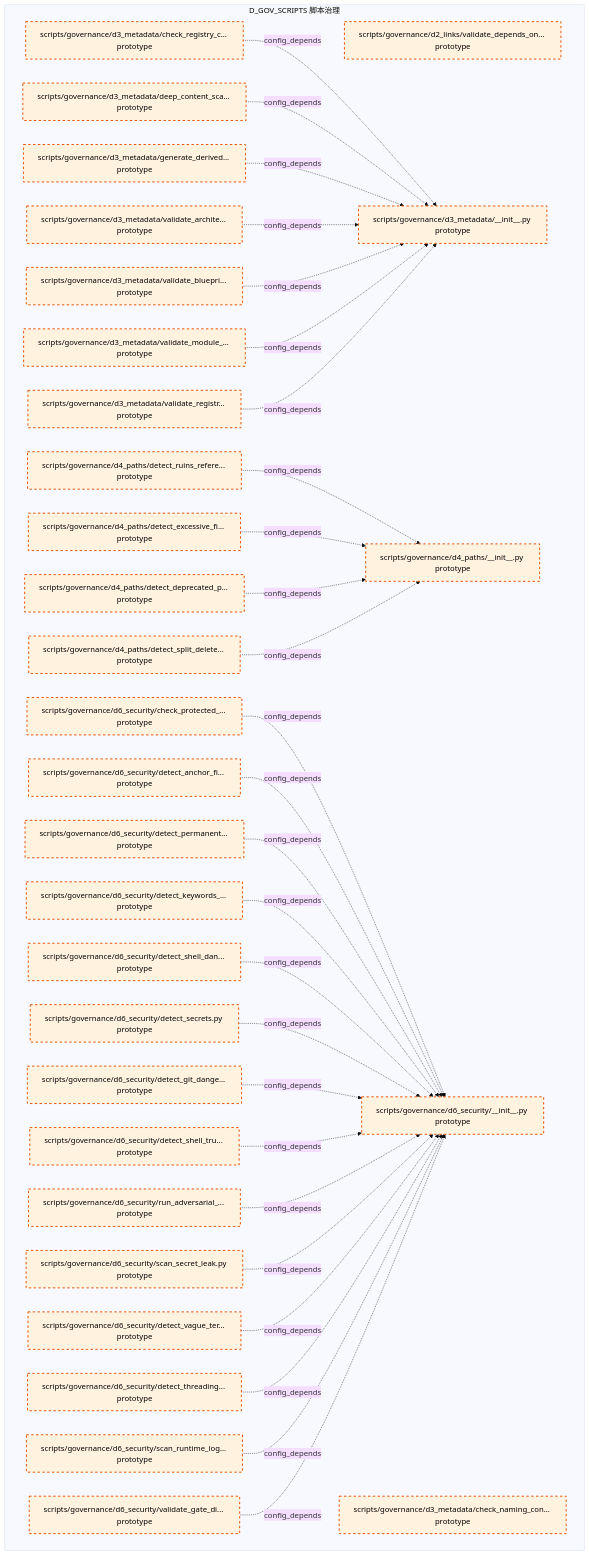
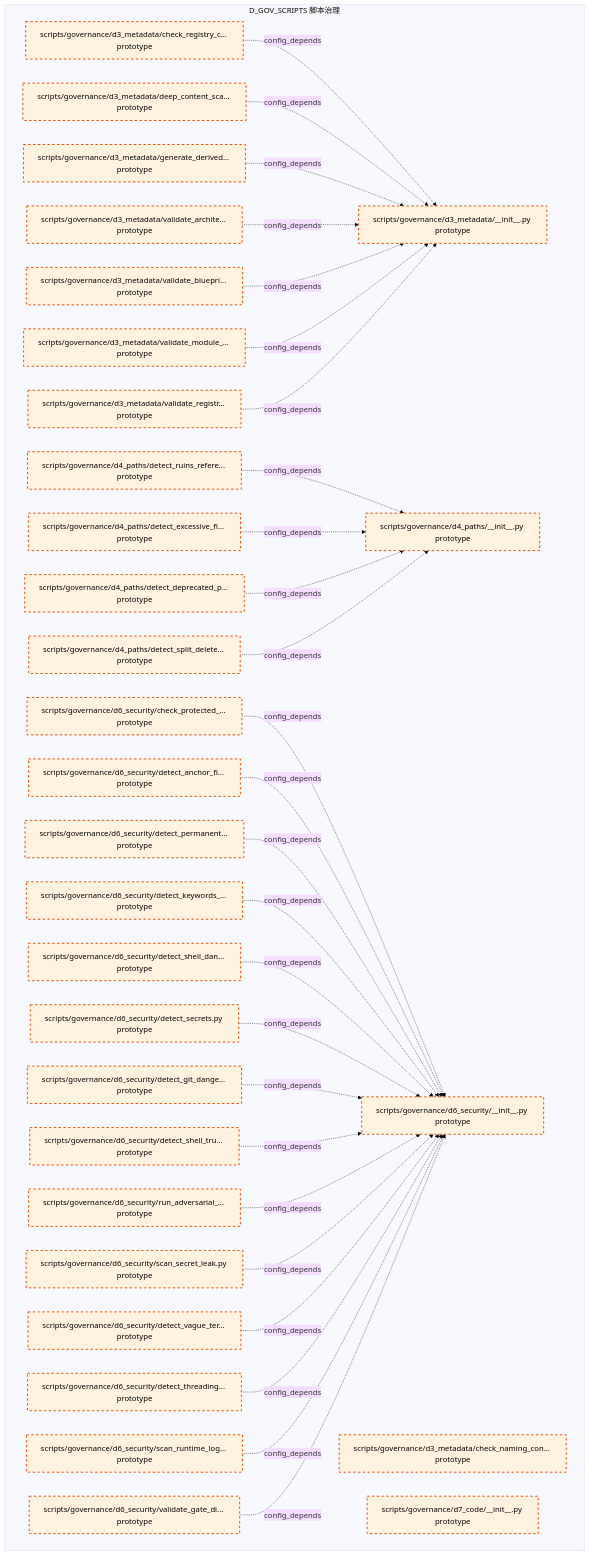
One commit to xuanFelixVan/ZephyrAlpha changed the seventh of 12 diagrams in docs/02_enterprise_architecture/02_domain_architecture_docs/39_d_gov_scripts.md. Above: the diagram before and after it, drawn with Mermaid (base theme). The commit also changed other lines of this file and 105 other files, not shown here.

First line of the commit message:
chore(docs): auto-regenerate domain docs by GitCommitGateway post-commit

````diff
--- a/docs/02_enterprise_architecture/02_domain_architecture_docs/39_d_gov_scripts.md
+++ b/docs/02_enterprise_architecture/02_domain_architecture_docs/39_d_gov_scripts.md
@@ -450,65 +452,65 @@
 ```mermaid
 graph TD
     subgraph D_GOV_SCRIPTS["D_GOV_SCRIPTS 脚本治理"]
-        scripts_governance_d2_links_validate_depends_on_format_py["scripts/governance/d2_links/validate_depends_on... prototype"]
         scripts_governance_d3_metadata_init_py["scripts/governance/d3_metadata/__init__.py prototype"]
         scripts_governance_d3_metadata_check_naming_convention_py["scripts/governance/d3_metadata/check_naming_con... prototype"]
         scripts_governance_d3_metadata_check_registry_consistency_py["scripts/governance/d3_metadata/check_registry_c... prototype"]
         scripts_governance_d3_metadata_deep_content_scanner_py["scripts/governance/d3_metadata/deep_content_sca... prototype"]
         scripts_governance_d3_metadata_generate_derived_files_py["scripts/governance/d3_metadata/generate_derived... prototype"]
         scripts_governance_d3_metadata_validate_architecture_py["scripts/governance/d3_metadata/validate_archite... prototype"]
         scripts_governance_d3_metadata_validate_blueprint_provenance_py["scripts/governance/d3_metadata/validate_bluepri... prototype"]
         scripts_governance_d3_metadata_validate_module_id_py["scripts/governance/d3_metadata/validate_module_... prototype"]
         scripts_governance_d3_metadata_validate_registry_master_index_py["scripts/governance/d3_metadata/validate_registr... prototype"]
         scripts_governance_d4_paths_init_py["scripts/governance/d4_paths/__init__.py prototype"]
         scripts_governance_d4_paths_detect_deprecated_path_writes_py["scripts/governance/d4_paths/detect_deprecated_p... prototype"]
         scripts_governance_d4_paths_detect_excessive_file_moves_py["scripts/governance/d4_paths/detect_excessive_fi... prototype"]
         scripts_governance_d4_paths_detect_ruins_references_py["scripts/governance/d4_paths/detect_ruins_refere... prototype"]
         scripts_governance_d4_paths_detect_split_delete_ref_commit_py["scripts/governance/d4_paths/detect_split_delete... prototype"]
         scripts_governance_d6_security_init_py["scripts/governance/d6_security/__init__.py prototype"]
         scripts_governance_d6_security_check_protected_paths_py["scripts/governance/d6_security/check_protected_... prototype"]
         scripts_governance_d6_security_detect_anchor_file_deletion_py["scripts/governance/d6_security/detect_anchor_fi... prototype"]
         scripts_governance_d6_security_detect_git_dangerous_py["scripts/governance/d6_security/detect_git_dange... prototype"]
         scripts_governance_d6_security_detect_keywords_in_logs_py["scripts/governance/d6_security/detect_keywords_... prototype"]
         scripts_governance_d6_security_detect_permanent_file_deletion_py["scripts/governance/d6_security/detect_permanent... prototype"]
         scripts_governance_d6_security_detect_secrets_py["scripts/governance/d6_security/detect_secrets.py prototype"]
         scripts_governance_d6_security_detect_shell_dangerous_py["scripts/governance/d6_security/detect_shell_dan... prototype"]
         scripts_governance_d6_security_detect_shell_true_py["scripts/governance/d6_security/detect_shell_tru... prototype"]
         scripts_governance_d6_security_detect_threading_lock_py["scripts/governance/d6_security/detect_threading... prototype"]
         scripts_governance_d6_security_detect_vague_terms_py["scripts/governance/d6_security/detect_vague_ter... prototype"]
         scripts_governance_d6_security_run_adversarial_checks_py["scripts/governance/d6_security/run_adversarial_... prototype"]
         scripts_governance_d6_security_scan_runtime_log_secrets_py["scripts/governance/d6_security/scan_runtime_log... prototype"]
         scripts_governance_d6_security_scan_secret_leak_py["scripts/governance/d6_security/scan_secret_leak.py prototype"]
         scripts_governance_d6_security_validate_gate_discipline_py["scripts/governance/d6_security/validate_gate_di... prototype"]
+        scripts_governance_d7_code_init_py["scripts/governance/d7_code/__init__.py prototype"]
     end
     scripts_governance_d3_metadata_check_registry_consistency_py -.->|config_depends| scripts_governance_d3_metadata_init_py
     scripts_governance_d3_metadata_deep_content_scanner_py -.->|config_depends| scripts_governance_d3_metadata_init_py
     scripts_governance_d3_metadata_generate_derived_files_py -.->|config_depends| scripts_governance_d3_metadata_init_py
     scripts_governance_d3_metadata_validate_architecture_py -.->|config_depends| scripts_governance_d3_metadata_init_py
     scripts_governance_d3_metadata_validate_blueprint_provenance_py -.->|config_depends| scripts_governance_d3_metadata_init_py
     scripts_governance_d3_metadata_validate_module_id_py -.->|config_depends| scripts_governance_d3_metadata_init_py
     scripts_governance_d3_metadata_validate_registry_master_index_py -.->|config_depends| scripts_governance_d3_metadata_init_py
     scripts_governance_d4_paths_detect_ruins_references_py -.->|config_depends| scripts_governance_d4_paths_init_py
     scripts_governance_d4_paths_detect_excessive_file_moves_py -.->|config_depends| scripts_governance_d4_paths_init_py
     scripts_governance_d4_paths_detect_deprecated_path_writes_py -.->|config_depends| scripts_governance_d4_paths_init_py
     scripts_governance_d4_paths_detect_split_delete_ref_commit_py -.->|config_depends| scripts_governance_d4_paths_init_py
     scripts_governance_d6_security_check_protected_paths_py -.->|config_depends| scripts_governance_d6_security_init_py
     scripts_governance_d6_security_detect_anchor_file_deletion_py -.->|config_depends| scripts_governance_d6_security_init_py
     scripts_governance_d6_security_detect_permanent_file_deletion_py -.->|config_depends| scripts_governance_d6_security_init_py
     scripts_governance_d6_security_detect_keywords_in_logs_py -.->|config_depends| scripts_governance_d6_security_init_py
     scripts_governance_d6_security_detect_shell_dangerous_py -.->|config_depends| scripts_governance_d6_security_init_py
     scripts_governance_d6_security_detect_secrets_py -.->|config_depends| scripts_governance_d6_security_init_py
     scripts_governance_d6_security_detect_git_dangerous_py -.->|config_depends| scripts_governance_d6_security_init_py
     scripts_governance_d6_security_detect_shell_true_py -.->|config_depends| scripts_governance_d6_security_init_py
     scripts_governance_d6_security_run_adversarial_checks_py -.->|config_depends| scripts_governance_d6_security_init_py
     scripts_governance_d6_security_scan_secret_leak_py -.->|config_depends| scripts_governance_d6_security_init_py
     scripts_governance_d6_security_detect_vague_terms_py -.->|config_depends| scripts_governance_d6_security_init_py
     scripts_governance_d6_security_detect_threading_lock_py -.->|config_depends| scripts_governance_d6_security_init_py
     scripts_governance_d6_security_scan_runtime_log_secrets_py -.->|config_depends| scripts_governance_d6_security_init_py
     scripts_governance_d6_security_validate_gate_discipline_py -.->|config_depends| scripts_governance_d6_security_init_py
     classDef production fill:#e1f5fe,stroke:#01579b,stroke-width:2px,color:#000
     classDef design fill:#fff3e0,stroke:#e65100,stroke-width:2px,color:#000,stroke-dasharray: 5 5
     classDef external_prod fill:#e8f5e9,stroke:#1b5e20,stroke-width:1px,color:#000
     classDef external_design fill:#fce4ec,stroke:#880e4f,stroke-width:1px,color:#000,stroke-dasharray: 5 5
-    class scripts_governance_d2_links_validate_depends_on_format_py,scripts_governance_d3_metadata_init_py,scripts_governance_d3_metadata_check_naming_convention_py,scripts_governance_d3_metadata_check_registry_consistency_py,scripts_governance_d3_metadata_deep_content_scanner_py,scripts_governance_d3_metadata_generate_derived_files_py,scripts_governance_d3_metadata_validate_architecture_py,scripts_governance_d3_metadata_validate_blueprint_provenance_py,scripts_governance_d3_metadata_validate_module_id_py,scripts_governance_d3_metadata_validate_registry_master_index_py,scripts_governance_d4_paths_init_py,scripts_governance_d4_paths_detect_deprecated_path_writes_py,scripts_governance_d4_paths_detect_excessive_file_moves_py,scripts_governance_d4_paths_detect_ruins_references_py,scripts_governance_d4_paths_detect_split_delete_ref_commit_py,scripts_governance_d6_security_init_py,scripts_governance_d6_security_check_protected_paths_py,scripts_governance_d6_security_detect_anchor_file_deletion_py,scripts_governance_d6_security_detect_git_dangerous_py,scripts_governance_d6_security_detect_keywords_in_logs_py,scripts_governance_d6_security_detect_permanent_file_deletion_py,scripts_governance_d6_security_detect_secrets_py,scripts_governance_d6_security_detect_shell_dangerous_py,scripts_governance_d6_security_detect_shell_true_py,scripts_governance_d6_security_detect_threading_lock_py,scripts_governance_d6_security_detect_vague_terms_py,scripts_governance_d6_security_run_adversarial_checks_py,scripts_governance_d6_security_scan_runtime_log_secrets_py,scripts_governance_d6_security_scan_secret_leak_py,scripts_governance_d6_security_validate_gate_discipline_py design
+    class scripts_governance_d3_metadata_init_py,scripts_governance_d3_metadata_check_naming_convention_py,scripts_governance_d3_metadata_check_registry_consistency_py,scripts_governance_d3_metadata_deep_content_scanner_py,scripts_governance_d3_metadata_generate_derived_files_py,scripts_governance_d3_metadata_validate_architecture_py,scripts_governance_d3_metadata_validate_blueprint_provenance_py,scripts_governance_d3_metadata_validate_module_id_py,scripts_governance_d3_metadata_validate_registry_master_index_py,scripts_governance_d4_paths_init_py,scripts_governance_d4_paths_detect_deprecated_path_writes_py,scripts_governance_d4_paths_detect_excessive_file_moves_py,scripts_governance_d4_paths_detect_ruins_references_py,scripts_governance_d4_paths_detect_split_delete_ref_commit_py,scripts_governance_d6_security_init_py,scripts_governance_d6_security_check_protected_paths_py,scripts_governance_d6_security_detect_anchor_file_deletion_py,scripts_governance_d6_security_detect_git_dangerous_py,scripts_governance_d6_security_detect_keywords_in_logs_py,scripts_governance_d6_security_detect_permanent_file_deletion_py,scripts_governance_d6_security_detect_secrets_py,scripts_governance_d6_security_detect_shell_dangerous_py,scripts_governance_d6_security_detect_shell_true_py,scripts_governance_d6_security_detect_threading_lock_py,scripts_governance_d6_security_detect_vague_terms_py,scripts_governance_d6_security_run_adversarial_checks_py,scripts_governance_d6_security_scan_runtime_log_secrets_py,scripts_governance_d6_security_scan_secret_leak_py,scripts_governance_d6_security_validate_gate_discipline_py,scripts_governance_d7_code_init_py design
 ```
````
